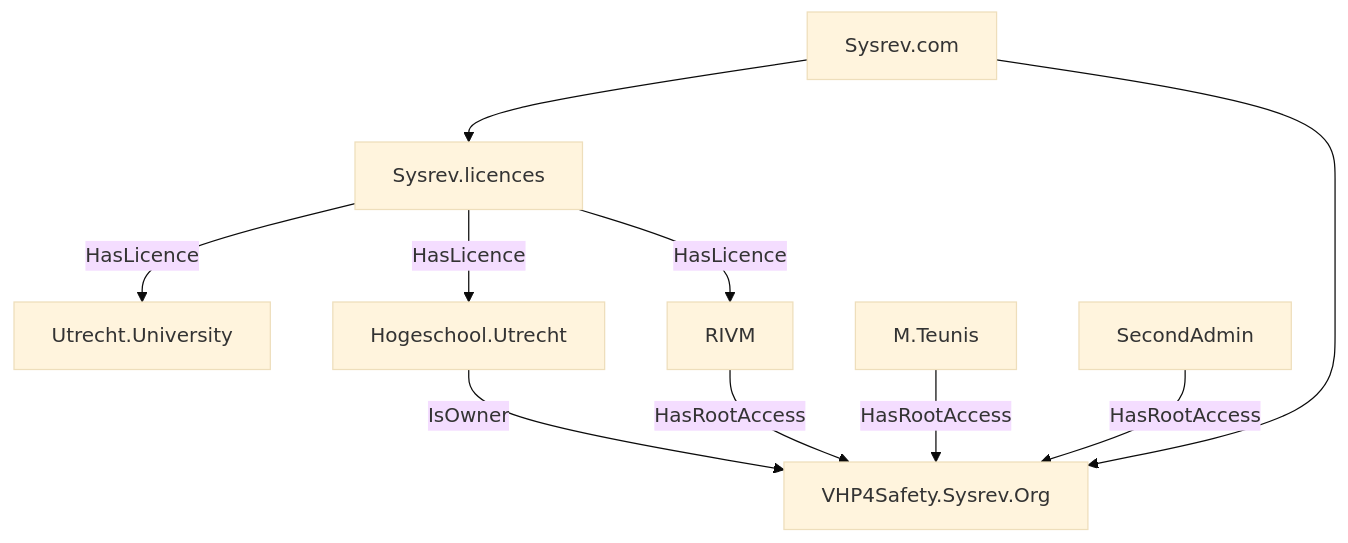
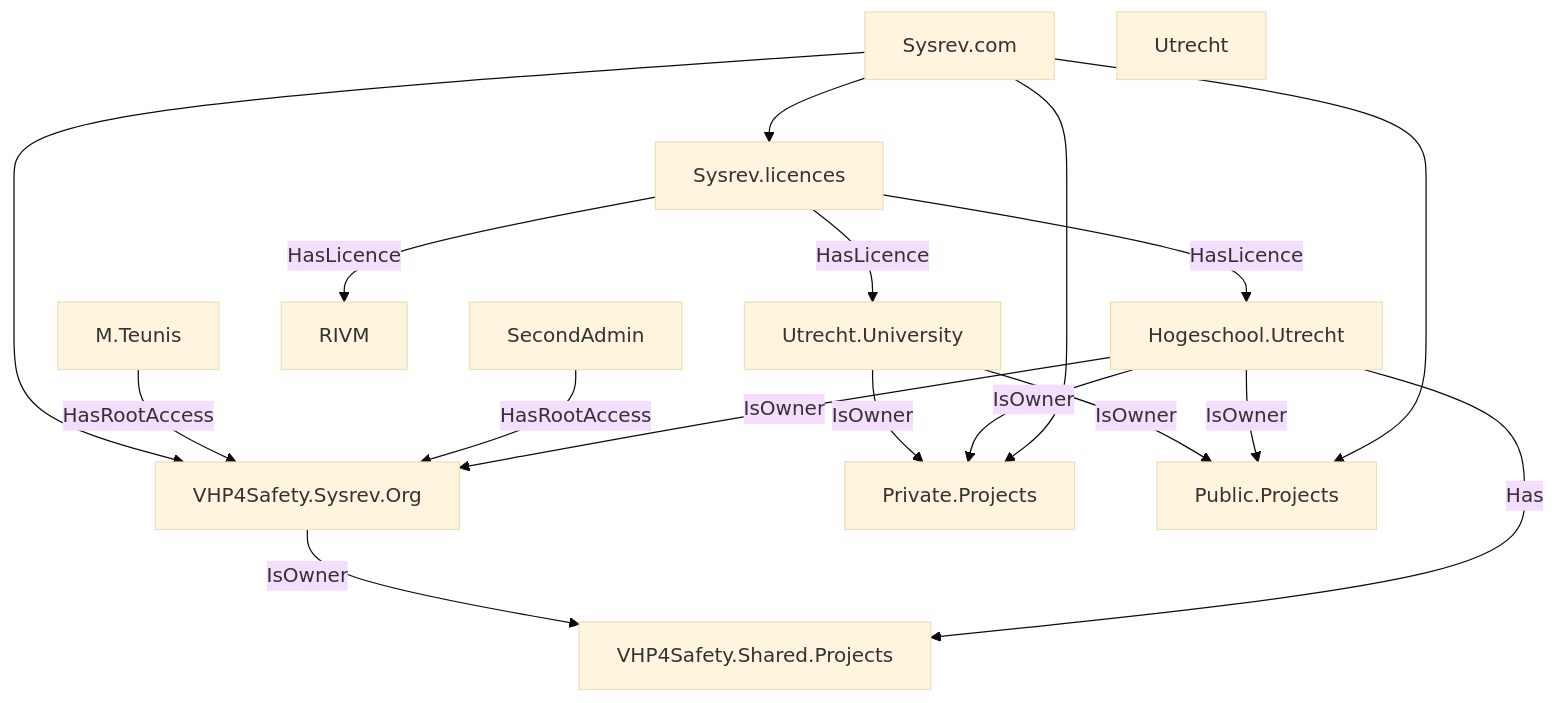
The diagram in Sysrev.md (VHP4Safety/workflows), drawn with Mermaid (base theme) before and after one commit.

````diff
--- a/Sysrev.md
+++ b/Sysrev.md
@@ -1,12 +1,24 @@
 ```mermaid
 graph TD
   Sysrev.com-->Sysrev.licences
   Sysrev.licences--HasLicence-->Utrecht.University
   Sysrev.licences--HasLicence-->Hogeschool.Utrecht
   Sysrev.licences--HasLicence-->RIVM
   Sysrev.com-->VHP4Safety.Sysrev.Org
   M.Teunis--HasRootAccess-->VHP4Safety.Sysrev.Org
   SecondAdmin--HasRootAccess-->VHP4Safety.Sysrev.Org
-  RIVM--HasRootAccess-->VHP4Safety.Sysrev.Org
   Hogeschool.Utrecht--IsOwner-->VHP4Safety.Sysrev.Org
+  Utrecht.University--IsOwner-->Private.Projects
+  Utrecht.University--IsOwner-->Public.Projects
+  VHP4Safety.Sysrev.Org--IsOwner-->VHP4Safety.Shared.Projects
+  Hogeschool.Utrecht--IsOwner-->Private.Projects
+  Hogeschool.Utrecht--IsOwner-->Public.Projects
+  Hogeschool.Utrecht--Has-->VHP4Safety.Shared.Projects
+  
+  
+  
+  Sysrev.com-->Private.Projects
+  Sysrev.com-->Public.Projects
+  
+  Utrecht
 ```
````
